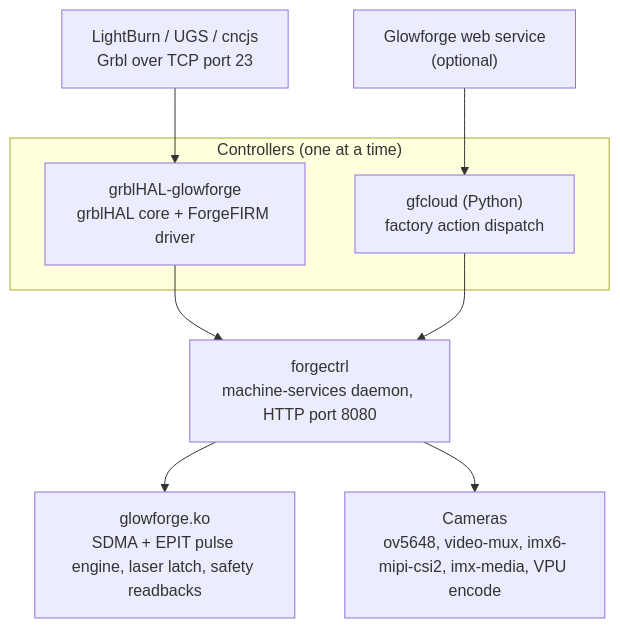
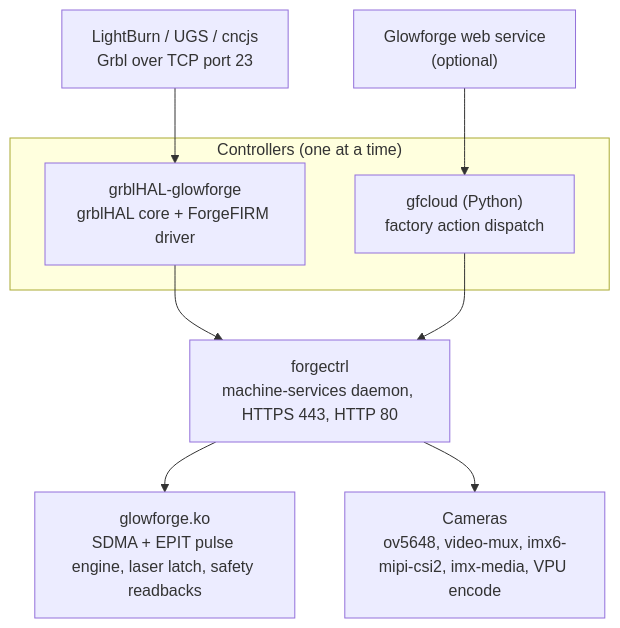
The diagram in docs/technical/forgefirm/index.md (openglow-org/forgefirm-docs), drawn with Mermaid before and after one commit. The commit also changed other lines of this file and 39 other files, not shown here.

````diff
--- a/docs/technical/forgefirm/index.md
+++ b/docs/technical/forgefirm/index.md
@@ -43,18 +43,18 @@
 ```mermaid
 graph TD
     senders["LightBurn / UGS / cncjs<br>Grbl over TCP port 23"]
     service["Glowforge web service<br>(optional)"]
     subgraph controllers["Controllers (one at a time)"]
         grbl["grblHAL-glowforge<br>grblHAL core + ForgeFIRM driver"]
         gfcloud["gfcloud (Python)<br>factory action dispatch"]
     end
-    forgectrl["forgectrl<br>machine-services daemon, HTTP port 8080"]
+    forgectrl["forgectrl<br>machine-services daemon, HTTPS 443, HTTP 80"]
     ko["glowforge.ko<br>SDMA + EPIT pulse engine, laser latch, safety readbacks"]
     cams["Cameras<br>ov5648, video-mux, imx6-mipi-csi2, imx-media, VPU encode"]
     senders --> grbl
     service --> gfcloud
     grbl --> forgectrl
     gfcloud --> forgectrl
     forgectrl --> ko
     forgectrl --> cams
 ```
````
